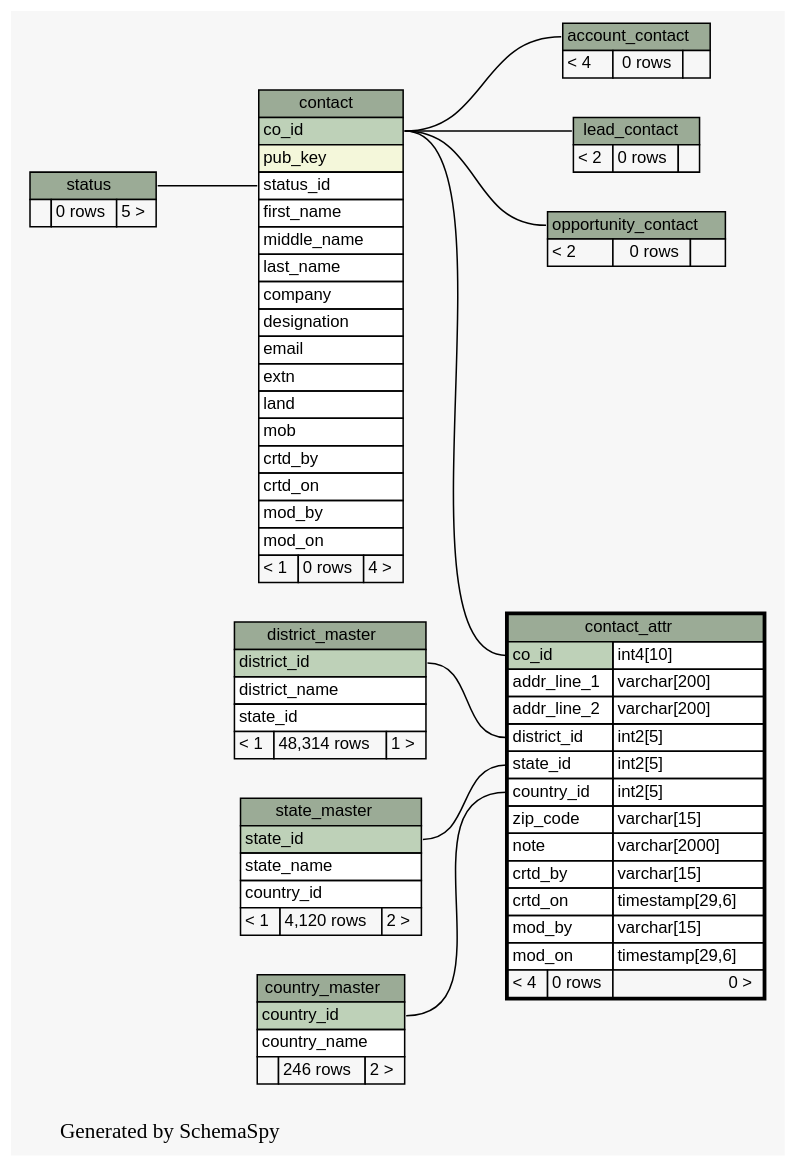
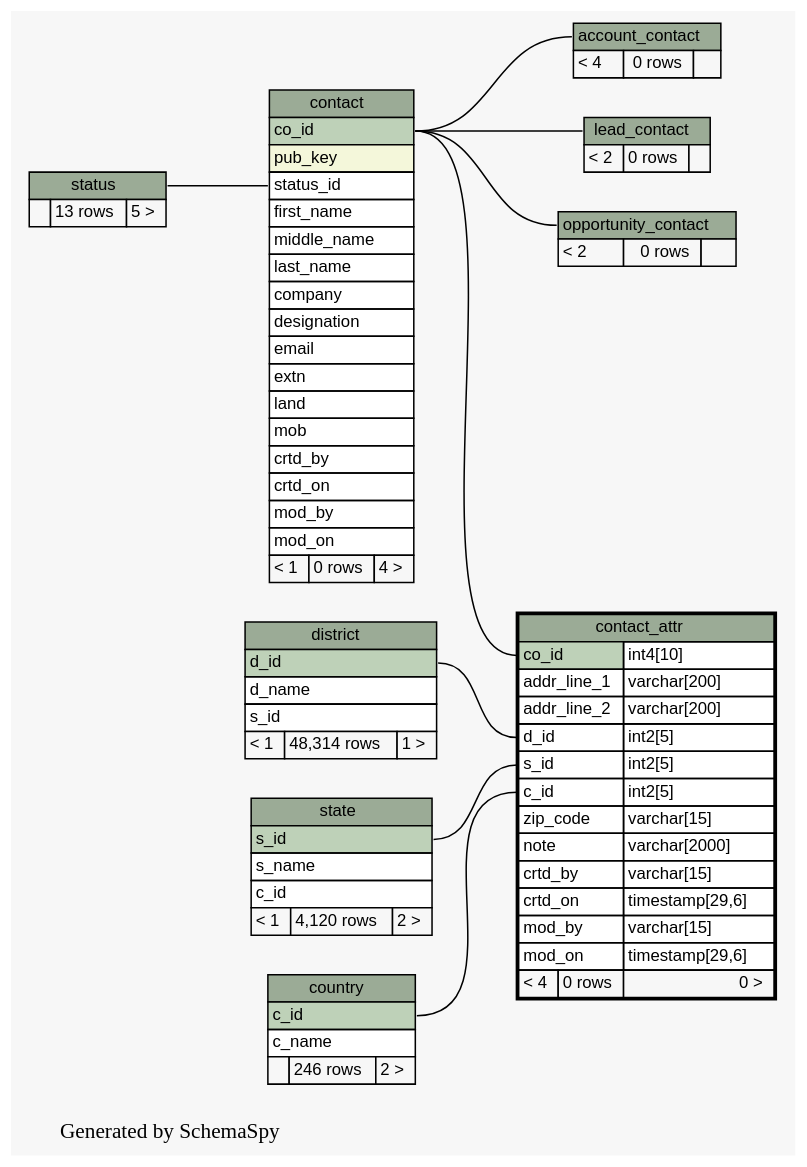
One commit to engineerscraft/salesforce changed the diagram in docs/database/schemaspy/graphs/contact_attr.2degrees.dot. Above: the diagram before and after it, drawn with Graphviz. The commit also changed 160 other files, not shown here.

```diff
--- a/docs/database/schemaspy/graphs/contact_attr.2degrees.dot
+++ b/docs/database/schemaspy/graphs/contact_attr.2degrees.dot
@@ -1,142 +1,142 @@
 // dot 2.38.0 on Windows 7 6.1
 digraph "twoDegreesRelationshipsGraph" {
   graph [
     rankdir="RL"
     bgcolor="#f7f7f7"
     label="\nGenerated by SchemaSpy"
     labeljust="l"
   ];
   node [
     fontname="Helvetica"
     fontsize="11"
     shape="plaintext"
   ];
   edge [
     arrowsize="0.8"
   ];
   "account_contact":"account_contact.heading":w -> "contact":"co_id":e [arrowtail=crowtee arrowhead=none];
   "contact":"status_id":w -> "status":"status.heading":e [arrowtail=crowtee arrowhead=none];
+  "contact_attr":"c_id":w -> "country":"c_id":e [arrowtail=crowodot arrowhead=none];
   "contact_attr":"co_id":w -> "contact":"co_id":e [arrowtail=tee arrowhead=none];
-  "contact_attr":"country_id":w -> "country_master":"country_id":e [arrowtail=crowodot arrowhead=none];
-  "contact_attr":"district_id":w -> "district_master":"district_id":e [arrowtail=crowodot arrowhead=none];
-  "contact_attr":"state_id":w -> "state_master":"state_id":e [arrowtail=crowodot arrowhead=none];
+  "contact_attr":"d_id":w -> "district":"d_id":e [arrowtail=crowodot arrowhead=none];
+  "contact_attr":"s_id":w -> "state":"s_id":e [arrowtail=crowodot arrowhead=none];
   "lead_contact":"lead_contact.heading":w -> "contact":"co_id":e [arrowtail=crowtee arrowhead=none];
   "opportunity_contact":"opportunity_contact.heading":w -> "contact":"co_id":e [arrowtail=crowtee arrowhead=none];
   "account_contact" [
     label=<
     <TABLE BORDER="0" CELLBORDER="1" CELLSPACING="0" BGCOLOR="#ffffff">
       <TR><TD PORT="account_contact.heading" COLSPAN="3" BGCOLOR="#9bab96" ALIGN="CENTER">account_contact</TD></TR>
       <TR><TD ALIGN="LEFT" BGCOLOR="#f7f7f7">&lt; 4</TD><TD ALIGN="RIGHT" BGCOLOR="#f7f7f7">0 rows</TD><TD ALIGN="RIGHT" BGCOLOR="#f7f7f7">  </TD></TR>
     </TABLE>>
     URL="account_contact.html#graph"
     tooltip="account_contact"
   ];
   "contact" [
     label=<
     <TABLE BORDER="0" CELLBORDER="1" CELLSPACING="0" BGCOLOR="#ffffff">
       <TR><TD PORT="contact.heading" COLSPAN="3" BGCOLOR="#9bab96" ALIGN="CENTER">contact</TD></TR>
       <TR><TD PORT="co_id" COLSPAN="3" BGCOLOR="#bed1b8" ALIGN="LEFT">co_id</TD></TR>
       <TR><TD PORT="pub_key" COLSPAN="3" BGCOLOR="#f4f7da" ALIGN="LEFT">pub_key</TD></TR>
       <TR><TD PORT="status_id" COLSPAN="3" ALIGN="LEFT">status_id</TD></TR>
       <TR><TD PORT="first_name" COLSPAN="3" ALIGN="LEFT">first_name</TD></TR>
       <TR><TD PORT="middle_name" COLSPAN="3" ALIGN="LEFT">middle_name</TD></TR>
       <TR><TD PORT="last_name" COLSPAN="3" ALIGN="LEFT">last_name</TD></TR>
       <TR><TD PORT="company" COLSPAN="3" ALIGN="LEFT">company</TD></TR>
       <TR><TD PORT="designation" COLSPAN="3" ALIGN="LEFT">designation</TD></TR>
       <TR><TD PORT="email" COLSPAN="3" ALIGN="LEFT">email</TD></TR>
       <TR><TD PORT="extn" COLSPAN="3" ALIGN="LEFT">extn</TD></TR>
       <TR><TD PORT="land" COLSPAN="3" ALIGN="LEFT">land</TD></TR>
       <TR><TD PORT="mob" COLSPAN="3" ALIGN="LEFT">mob</TD></TR>
       <TR><TD PORT="crtd_by" COLSPAN="3" ALIGN="LEFT">crtd_by</TD></TR>
       <TR><TD PORT="crtd_on" COLSPAN="3" ALIGN="LEFT">crtd_on</TD></TR>
       <TR><TD PORT="mod_by" COLSPAN="3" ALIGN="LEFT">mod_by</TD></TR>
       <TR><TD PORT="mod_on" COLSPAN="3" ALIGN="LEFT">mod_on</TD></TR>
       <TR><TD ALIGN="LEFT" BGCOLOR="#f7f7f7">&lt; 1</TD><TD ALIGN="RIGHT" BGCOLOR="#f7f7f7">0 rows</TD><TD ALIGN="RIGHT" BGCOLOR="#f7f7f7">4 &gt;</TD></TR>
     </TABLE>>
     URL="contact.html#graph"
     tooltip="contact"
   ];
   "contact_attr" [
     label=<
     <TABLE BORDER="2" CELLBORDER="1" CELLSPACING="0" BGCOLOR="#ffffff">
       <TR><TD PORT="contact_attr.heading" COLSPAN="3" BGCOLOR="#9bab96" ALIGN="CENTER">contact_attr</TD></TR>
       <TR><TD PORT="co_id" COLSPAN="2" BGCOLOR="#bed1b8" ALIGN="LEFT">co_id</TD><TD PORT="co_id.type" ALIGN="LEFT">int4[10]</TD></TR>
       <TR><TD PORT="addr_line_1" COLSPAN="2" ALIGN="LEFT">addr_line_1</TD><TD PORT="addr_line_1.type" ALIGN="LEFT">varchar[200]</TD></TR>
       <TR><TD PORT="addr_line_2" COLSPAN="2" ALIGN="LEFT">addr_line_2</TD><TD PORT="addr_line_2.type" ALIGN="LEFT">varchar[200]</TD></TR>
-      <TR><TD PORT="district_id" COLSPAN="2" ALIGN="LEFT">district_id</TD><TD PORT="district_id.type" ALIGN="LEFT">int2[5]</TD></TR>
-      <TR><TD PORT="state_id" COLSPAN="2" ALIGN="LEFT">state_id</TD><TD PORT="state_id.type" ALIGN="LEFT">int2[5]</TD></TR>
-      <TR><TD PORT="country_id" COLSPAN="2" ALIGN="LEFT">country_id</TD><TD PORT="country_id.type" ALIGN="LEFT">int2[5]</TD></TR>
+      <TR><TD PORT="d_id" COLSPAN="2" ALIGN="LEFT">d_id</TD><TD PORT="d_id.type" ALIGN="LEFT">int2[5]</TD></TR>
+      <TR><TD PORT="s_id" COLSPAN="2" ALIGN="LEFT">s_id</TD><TD PORT="s_id.type" ALIGN="LEFT">int2[5]</TD></TR>
+      <TR><TD PORT="c_id" COLSPAN="2" ALIGN="LEFT">c_id</TD><TD PORT="c_id.type" ALIGN="LEFT">int2[5]</TD></TR>
       <TR><TD PORT="zip_code" COLSPAN="2" ALIGN="LEFT">zip_code</TD><TD PORT="zip_code.type" ALIGN="LEFT">varchar[15]</TD></TR>
       <TR><TD PORT="note" COLSPAN="2" ALIGN="LEFT">note</TD><TD PORT="note.type" ALIGN="LEFT">varchar[2000]</TD></TR>
       <TR><TD PORT="crtd_by" COLSPAN="2" ALIGN="LEFT">crtd_by</TD><TD PORT="crtd_by.type" ALIGN="LEFT">varchar[15]</TD></TR>
       <TR><TD PORT="crtd_on" COLSPAN="2" ALIGN="LEFT">crtd_on</TD><TD PORT="crtd_on.type" ALIGN="LEFT">timestamp[29,6]</TD></TR>
       <TR><TD PORT="mod_by" COLSPAN="2" ALIGN="LEFT">mod_by</TD><TD PORT="mod_by.type" ALIGN="LEFT">varchar[15]</TD></TR>
       <TR><TD PORT="mod_on" COLSPAN="2" ALIGN="LEFT">mod_on</TD><TD PORT="mod_on.type" ALIGN="LEFT">timestamp[29,6]</TD></TR>
       <TR><TD ALIGN="LEFT" BGCOLOR="#f7f7f7">&lt; 4</TD><TD ALIGN="RIGHT" BGCOLOR="#f7f7f7">0 rows</TD><TD ALIGN="RIGHT" BGCOLOR="#f7f7f7">0 &gt;</TD></TR>
     </TABLE>>
     URL="contact_attr.html#"
     tooltip="contact_attr"
   ];
-  "country_master" [
+  "country" [
     label=<
     <TABLE BORDER="0" CELLBORDER="1" CELLSPACING="0" BGCOLOR="#ffffff">
-      <TR><TD PORT="country_master.heading" COLSPAN="3" BGCOLOR="#9bab96" ALIGN="CENTER">country_master</TD></TR>
-      <TR><TD PORT="country_id" COLSPAN="3" BGCOLOR="#bed1b8" ALIGN="LEFT">country_id</TD></TR>
-      <TR><TD PORT="country_name" COLSPAN="3" ALIGN="LEFT">country_name</TD></TR>
+      <TR><TD PORT="country.heading" COLSPAN="3" BGCOLOR="#9bab96" ALIGN="CENTER">country</TD></TR>
+      <TR><TD PORT="c_id" COLSPAN="3" BGCOLOR="#bed1b8" ALIGN="LEFT">c_id</TD></TR>
+      <TR><TD PORT="c_name" COLSPAN="3" ALIGN="LEFT">c_name</TD></TR>
       <TR><TD ALIGN="LEFT" BGCOLOR="#f7f7f7">  </TD><TD ALIGN="RIGHT" BGCOLOR="#f7f7f7">246 rows</TD><TD ALIGN="RIGHT" BGCOLOR="#f7f7f7">2 &gt;</TD></TR>
     </TABLE>>
-    URL="country_master.html#graph"
-    tooltip="country_master"
+    URL="country.html#graph"
+    tooltip="country"
   ];
-  "district_master" [
+  "district" [
     label=<
     <TABLE BORDER="0" CELLBORDER="1" CELLSPACING="0" BGCOLOR="#ffffff">
-      <TR><TD PORT="district_master.heading" COLSPAN="3" BGCOLOR="#9bab96" ALIGN="CENTER">district_master</TD></TR>
-      <TR><TD PORT="district_id" COLSPAN="3" BGCOLOR="#bed1b8" ALIGN="LEFT">district_id</TD></TR>
-      <TR><TD PORT="district_name" COLSPAN="3" ALIGN="LEFT">district_name</TD></TR>
-      <TR><TD PORT="state_id" COLSPAN="3" ALIGN="LEFT">state_id</TD></TR>
+      <TR><TD PORT="district.heading" COLSPAN="3" BGCOLOR="#9bab96" ALIGN="CENTER">district</TD></TR>
+      <TR><TD PORT="d_id" COLSPAN="3" BGCOLOR="#bed1b8" ALIGN="LEFT">d_id</TD></TR>
+      <TR><TD PORT="d_name" COLSPAN="3" ALIGN="LEFT">d_name</TD></TR>
+      <TR><TD PORT="s_id" COLSPAN="3" ALIGN="LEFT">s_id</TD></TR>
       <TR><TD ALIGN="LEFT" BGCOLOR="#f7f7f7">&lt; 1</TD><TD ALIGN="RIGHT" BGCOLOR="#f7f7f7">48,314 rows</TD><TD ALIGN="RIGHT" BGCOLOR="#f7f7f7">1 &gt;</TD></TR>
     </TABLE>>
-    URL="district_master.html#graph"
-    tooltip="district_master"
+    URL="district.html#graph"
+    tooltip="district"
   ];
   "lead_contact" [
     label=<
     <TABLE BORDER="0" CELLBORDER="1" CELLSPACING="0" BGCOLOR="#ffffff">
       <TR><TD PORT="lead_contact.heading" COLSPAN="3" BGCOLOR="#9bab96" ALIGN="CENTER">lead_contact</TD></TR>
       <TR><TD ALIGN="LEFT" BGCOLOR="#f7f7f7">&lt; 2</TD><TD ALIGN="RIGHT" BGCOLOR="#f7f7f7">0 rows</TD><TD ALIGN="RIGHT" BGCOLOR="#f7f7f7">  </TD></TR>
     </TABLE>>
     URL="lead_contact.html#graph"
     tooltip="lead_contact"
   ];
   "opportunity_contact" [
     label=<
     <TABLE BORDER="0" CELLBORDER="1" CELLSPACING="0" BGCOLOR="#ffffff">
       <TR><TD PORT="opportunity_contact.heading" COLSPAN="3" BGCOLOR="#9bab96" ALIGN="CENTER">opportunity_contact</TD></TR>
       <TR><TD ALIGN="LEFT" BGCOLOR="#f7f7f7">&lt; 2</TD><TD ALIGN="RIGHT" BGCOLOR="#f7f7f7">0 rows</TD><TD ALIGN="RIGHT" BGCOLOR="#f7f7f7">  </TD></TR>
     </TABLE>>
     URL="opportunity_contact.html#graph"
     tooltip="opportunity_contact"
   ];
-  "state_master" [
+  "state" [
     label=<
     <TABLE BORDER="0" CELLBORDER="1" CELLSPACING="0" BGCOLOR="#ffffff">
-      <TR><TD PORT="state_master.heading" COLSPAN="3" BGCOLOR="#9bab96" ALIGN="CENTER">state_master</TD></TR>
-      <TR><TD PORT="state_id" COLSPAN="3" BGCOLOR="#bed1b8" ALIGN="LEFT">state_id</TD></TR>
-      <TR><TD PORT="state_name" COLSPAN="3" ALIGN="LEFT">state_name</TD></TR>
-      <TR><TD PORT="country_id" COLSPAN="3" ALIGN="LEFT">country_id</TD></TR>
+      <TR><TD PORT="state.heading" COLSPAN="3" BGCOLOR="#9bab96" ALIGN="CENTER">state</TD></TR>
+      <TR><TD PORT="s_id" COLSPAN="3" BGCOLOR="#bed1b8" ALIGN="LEFT">s_id</TD></TR>
+      <TR><TD PORT="s_name" COLSPAN="3" ALIGN="LEFT">s_name</TD></TR>
+      <TR><TD PORT="c_id" COLSPAN="3" ALIGN="LEFT">c_id</TD></TR>
       <TR><TD ALIGN="LEFT" BGCOLOR="#f7f7f7">&lt; 1</TD><TD ALIGN="RIGHT" BGCOLOR="#f7f7f7">4,120 rows</TD><TD ALIGN="RIGHT" BGCOLOR="#f7f7f7">2 &gt;</TD></TR>
     </TABLE>>
-    URL="state_master.html#graph"
-    tooltip="state_master"
+    URL="state.html#graph"
+    tooltip="state"
   ];
   "status" [
     label=<
     <TABLE BORDER="0" CELLBORDER="1" CELLSPACING="0" BGCOLOR="#ffffff">
       <TR><TD PORT="status.heading" COLSPAN="3" BGCOLOR="#9bab96" ALIGN="CENTER">status</TD></TR>
-      <TR><TD ALIGN="LEFT" BGCOLOR="#f7f7f7">  </TD><TD ALIGN="RIGHT" BGCOLOR="#f7f7f7">0 rows</TD><TD ALIGN="RIGHT" BGCOLOR="#f7f7f7">5 &gt;</TD></TR>
+      <TR><TD ALIGN="LEFT" BGCOLOR="#f7f7f7">  </TD><TD ALIGN="RIGHT" BGCOLOR="#f7f7f7">13 rows</TD><TD ALIGN="RIGHT" BGCOLOR="#f7f7f7">5 &gt;</TD></TR>
     </TABLE>>
     URL="status.html#graph"
     tooltip="status"
   ];
 }
```
